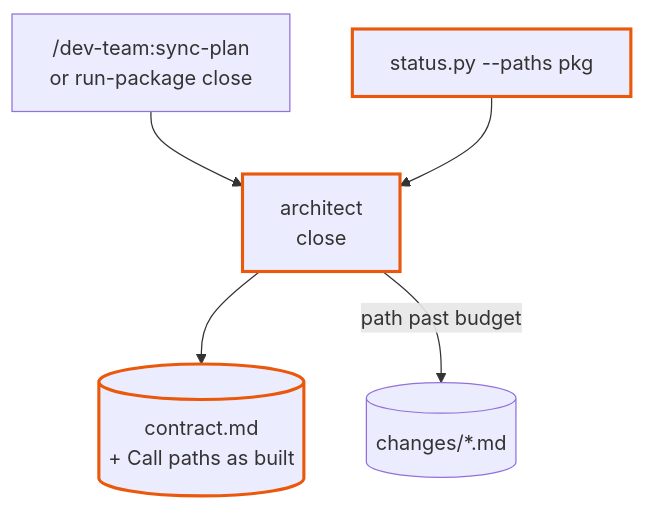
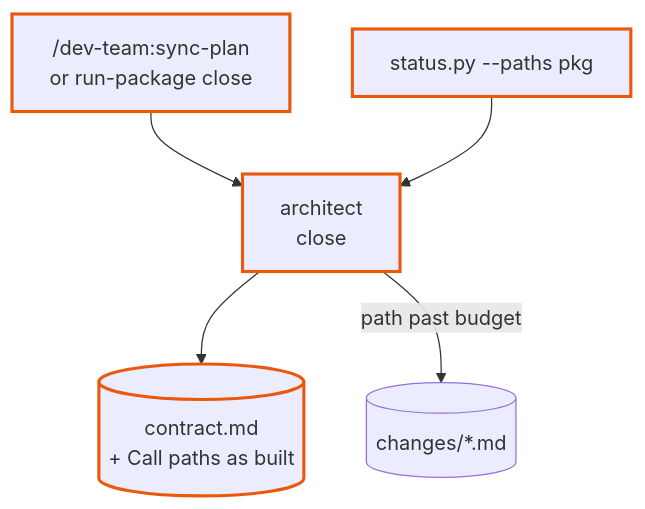
One commit to cott435/cott-plugins changed the fourth of 5 diagrams in dev-team/site/notes/2.6-spine-design.md. Above: the diagram before and after it, drawn with Mermaid. The commit also changed other lines of this file, not shown here.

Commit message:
dev-team 2.6-spine (design): amendment — early surface inputs from --fields, tester fakes from the contract, sync-plan exit, legacy budget

````diff
--- a/dev-team/site/notes/2.6-spine-design.md
+++ b/dev-team/site/notes/2.6-spine-design.md
@@ -175,13 +189,13 @@
 ```mermaid
 flowchart TB
-  SP["/dev-team:sync-plan<br/>or run-package close"]
+  SP["/dev-team:sync-plan<br/>or run-package close"]:::changed
   ARC["architect<br/>close"]:::changed
   PATHS["status.py --paths pkg"]:::changed
   CON[("contract.md<br/>+ Call paths as built")]:::changed
   CHG[("changes/*.md")]
   SP --> ARC
   PATHS --> ARC
   ARC --> CON
   ARC -->|"path past budget"| CHG
   classDef changed stroke:#ea580c,stroke-width:2.5px
 ```
````
